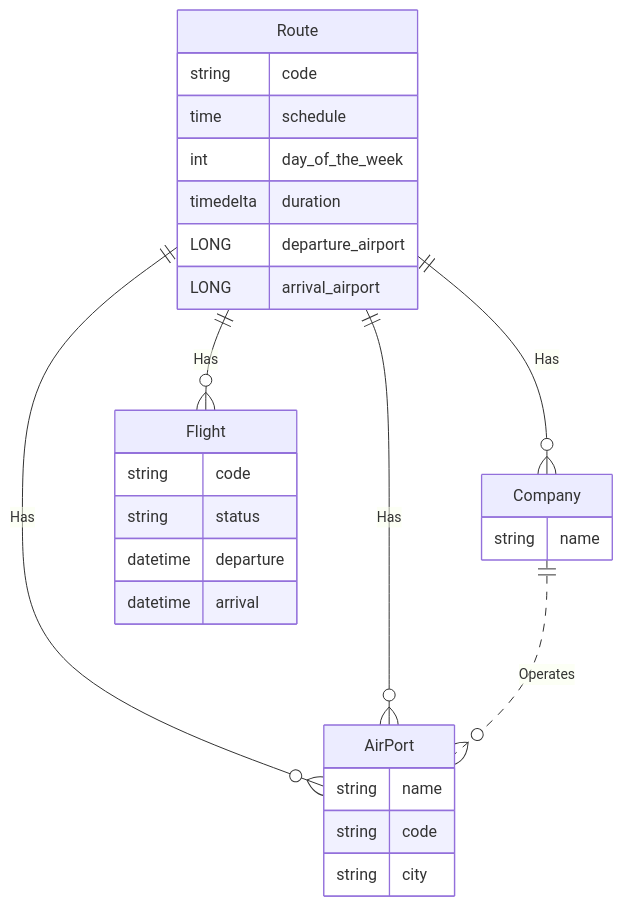
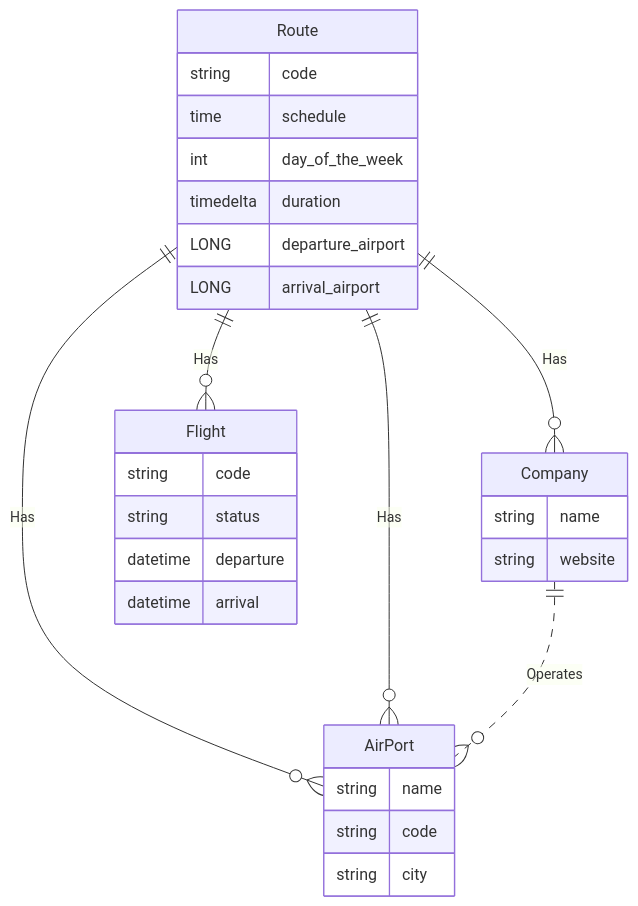
The diagram in docs/Aula4-DiagramaER.md (guissalustiano/lab-eng-software-old), drawn with Mermaid before and after one commit.

Commit message:
fix diagram ER

````diff
--- a/docs/Aula4-DiagramaER.md
+++ b/docs/Aula4-DiagramaER.md
@@ -1,32 +1,33 @@
 ```mermaid
 erDiagram
     AirPort {
       string name
       string code
       string city
     }
     Company{
       string name
+      string website
     }
 		Route {
        string code
        time schedule
        int day_of_the_week
        timedelta duration
        LONG departure_airport
        LONG arrival_airport
     }
 		Flight {
        string code
        string status
        datetime departure
        datetime arrival
     }
 
 
     Route ||--o{ Flight : Has
     Route ||--o{ AirPort : Has
     Route ||--o{ AirPort : Has
     Route ||--o{ Company : Has
     Company ||..o{ AirPort : Operates
 ```
````
